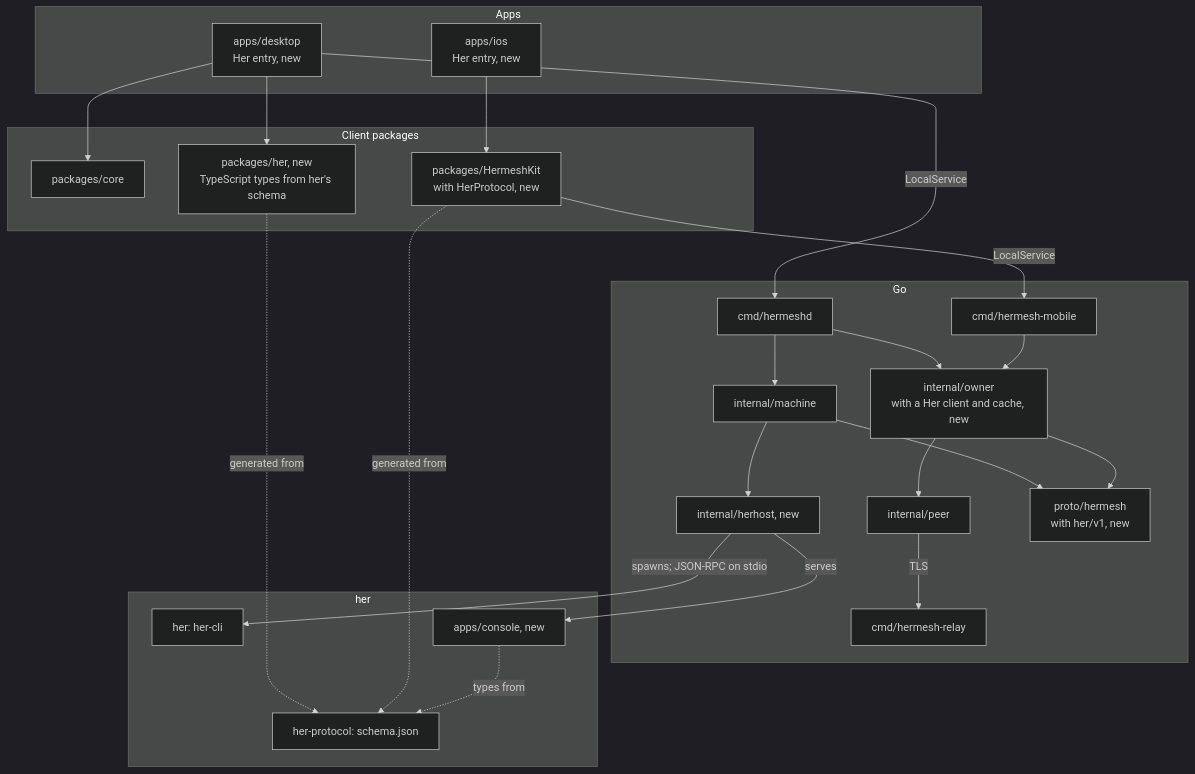
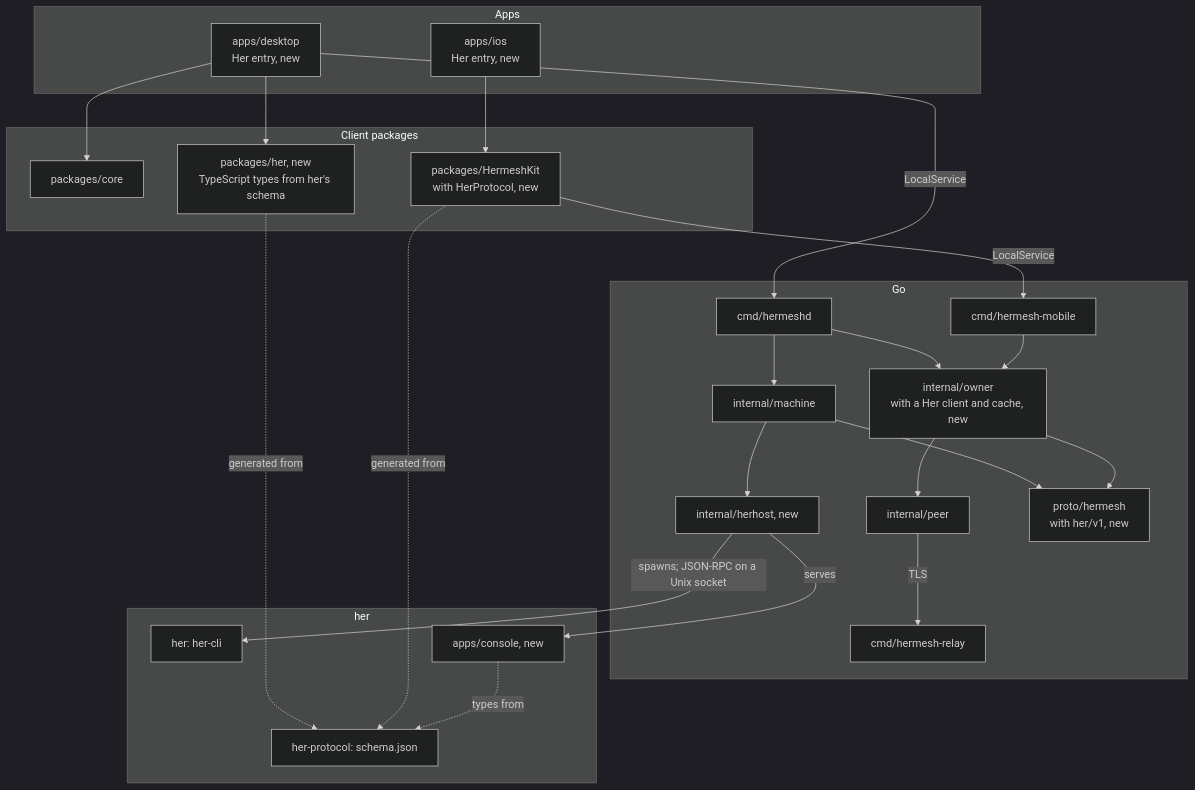
The fourth of 9 diagrams in docs/her-server.md (hermeshai/hermesh), drawn with Mermaid (dark theme) before and after one commit. The commit also changed other lines of this file and 22 other files, not shown here.

````diff
--- a/docs/her-server.md
+++ b/docs/her-server.md
@@ -213,45 +214,45 @@
 ```mermaid
 flowchart TB
     subgraph AppsLayer["Apps"]
         Desktop["apps/desktop<br/>Her entry, new"]
         IOS["apps/ios<br/>Her entry, new"]
     end
     subgraph ClientPkgs["Client packages"]
         CorePkg["packages/core"]
         HerTS["packages/her, new<br/>TypeScript types from her's schema"]
         Kit["packages/HermeshKit<br/>with HerProtocol, new"]
     end
     subgraph GoLayer["Go"]
         Hermeshd["cmd/hermeshd"]
         Mobile["cmd/hermesh-mobile"]
         Machine["internal/machine"]
         Owner["internal/owner<br/>with a Her client and cache, new"]
         HerHost["internal/herhost, new"]
         Peer["internal/peer"]
         Proto["proto/hermesh<br/>with her/v1, new"]
         RelayCmd["cmd/hermesh-relay"]
     end
     subgraph RustLayer["her"]
         HerBin["her: her-cli"]
         ConsoleApp["apps/console, new"]
         HerProtocol["her-protocol: schema.json"]
     end
     Desktop --> CorePkg
     Desktop --> HerTS
     Desktop -->|"LocalService"| Hermeshd
     IOS --> Kit
     Kit -->|"LocalService"| Mobile
     Hermeshd --> Machine
     Hermeshd --> Owner
     Mobile --> Owner
     Machine --> HerHost
     Machine --> Proto
     Owner --> Proto
     Owner --> Peer
     Peer -->|"TLS"| RelayCmd
-    HerHost -->|"spawns; JSON-RPC on stdio"| HerBin
+    HerHost -->|"spawns; JSON-RPC on a Unix socket"| HerBin
     HerHost -->|"serves"| ConsoleApp
     HerTS -.->|"generated from"| HerProtocol
     Kit -.->|"generated from"| HerProtocol
     ConsoleApp -.->|"types from"| HerProtocol
 ```
````
